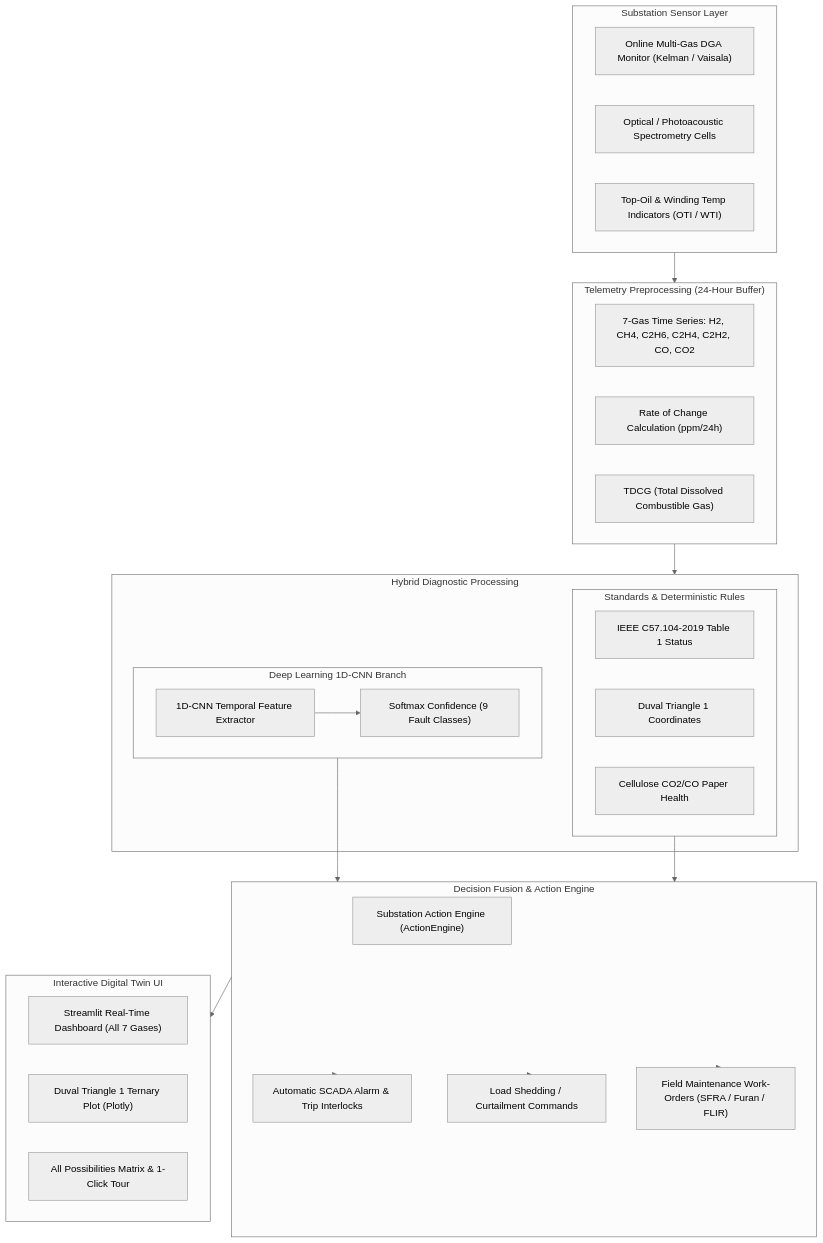
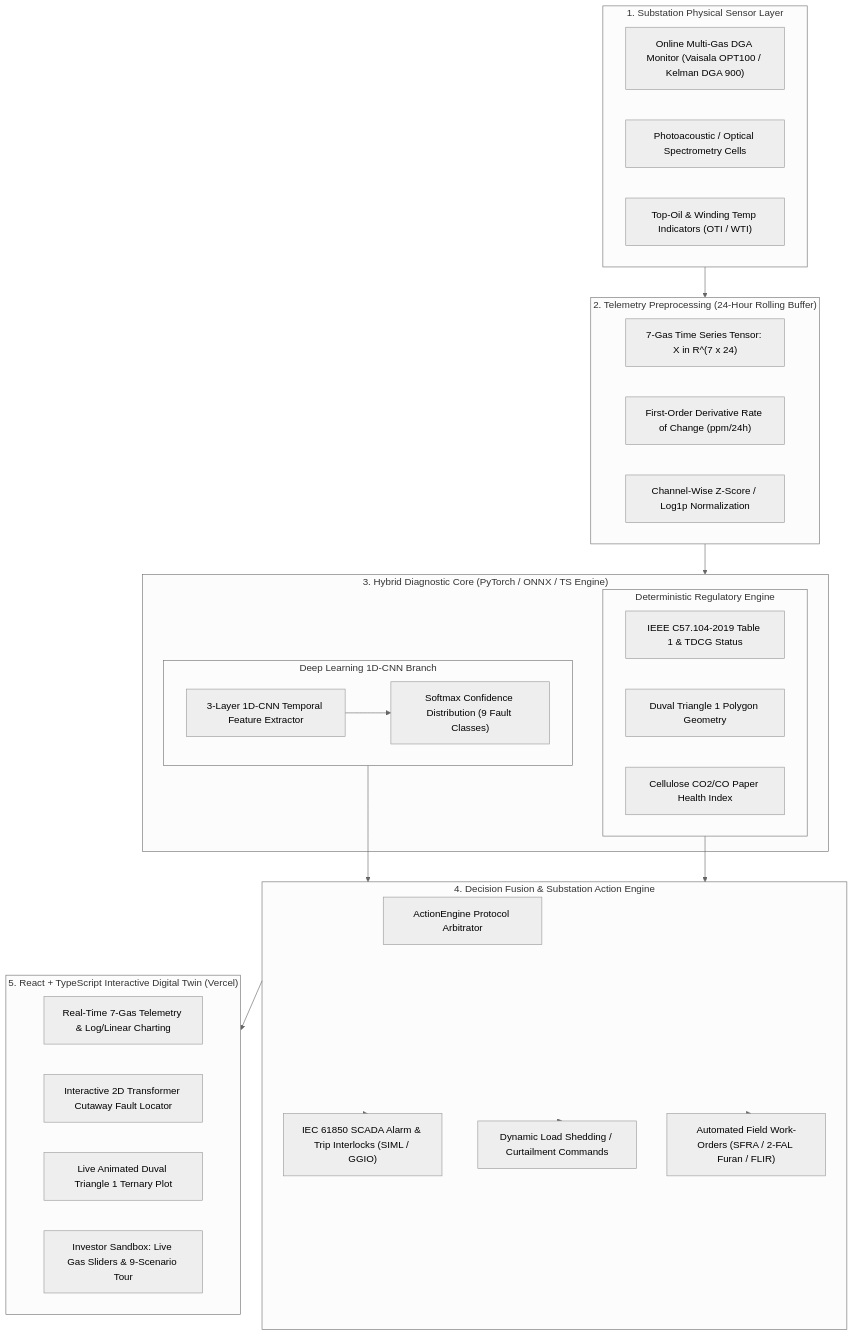
Before and after one commit to anish609609/transformer_health_using_gas_sensors: the diagram in README.md, drawn with Mermaid (neutral theme). The commit also changed other lines of this file and 31 other files, not shown here.

Commit message:
feat: upgrade to investor-ready React 18 + TypeScript Vercel application with 2D Transformer cutaway, interactive Duval triangle, and zero-latency client-side AI inference

````diff
--- a/README.md
+++ b/README.md
@@ -24,49 +29,50 @@
 ```mermaid
 flowchart TD
-    subgraph SS_Sensors["Substation Sensor Layer"]
-        S1["Online Multi-Gas DGA Monitor (Kelman / Vaisala)"]
-        S2["Optical / Photoacoustic Spectrometry Cells"]
+    subgraph SS_Sensors["1. Substation Physical Sensor Layer"]
+        S1["Online Multi-Gas DGA Monitor (Vaisala OPT100 / Kelman DGA 900)"]
+        S2["Photoacoustic / Optical Spectrometry Cells"]
         S3["Top-Oil & Winding Temp Indicators (OTI / WTI)"]
     end
 
-    subgraph Preproc["Telemetry Preprocessing (24-Hour Buffer)"]
-        P1["7-Gas Time Series: H2, CH4, C2H6, C2H4, C2H2, CO, CO2"]
-        P2["Rate of Change Calculation (ppm/24h)"]
-        P3["TDCG (Total Dissolved Combustible Gas)"]
+    subgraph Preproc["2. Telemetry Preprocessing (24-Hour Rolling Buffer)"]
+        P1["7-Gas Time Series Tensor: X in R^(7 x 24)"]
+        P2["First-Order Derivative Rate of Change (ppm/24h)"]
+        P3["Channel-Wise Z-Score / Log1p Normalization"]
     end
 
-    subgraph Hybrid_AI["Hybrid Diagnostic Processing"]
+    subgraph Hybrid_AI["3. Hybrid Diagnostic Core (PyTorch / ONNX / TS Engine)"]
         subgraph AI_Branch["Deep Learning 1D-CNN Branch"]
-            CNN["1D-CNN Temporal Feature Extractor"]
-            CNN_OUT["Softmax Confidence (9 Fault Classes)"]
+            CNN["3-Layer 1D-CNN Temporal Feature Extractor"]
+            CNN_OUT["Softmax Confidence Distribution (9 Fault Classes)"]
         end
-        subgraph Standards_Branch["Standards & Deterministic Rules"]
-            IEEE["IEEE C57.104-2019 Table 1 Status"]
-            DUVAL["Duval Triangle 1 Coordinates"]
-            CELL["Cellulose CO2/CO Paper Health"]
+        subgraph Standards_Branch["Deterministic Regulatory Engine"]
+            IEEE["IEEE C57.104-2019 Table 1 & TDCG Status"]
+            DUVAL["Duval Triangle 1 Polygon Geometry"]
+            CELL["Cellulose CO2/CO Paper Health Index"]
         end
     end
 
-    subgraph Fusion["Decision Fusion & Action Engine"]
-        ENG["Substation Action Engine (ActionEngine)"]
-        ACT1["Automatic SCADA Alarm & Trip Interlocks"]
-        ACT2["Load Shedding / Curtailment Commands"]
-        ACT3["Field Maintenance Work-Orders (SFRA / Furan / FLIR)"]
+    subgraph Fusion["4. Decision Fusion & Substation Action Engine"]
+        ENG["ActionEngine Protocol Arbitrator"]
+        ACT1["IEC 61850 SCADA Alarm & Trip Interlocks (SIML / GGIO)"]
+        ACT2["Dynamic Load Shedding / Curtailment Commands"]
+        ACT3["Automated Field Work-Orders (SFRA / 2-FAL Furan / FLIR)"]
     end
 
-    subgraph GUI["Interactive Digital Twin UI"]
-        DASH["Streamlit Real-Time Dashboard (All 7 Gases)"]
-        TERNARY["Duval Triangle 1 Ternary Plot (Plotly)"]
-        MATRIX["All Possibilities Matrix & 1-Click Tour"]
+    subgraph React_GUI["5. React + TypeScript Interactive Digital Twin (Vercel)"]
+        DASH["Real-Time 7-Gas Telemetry & Log/Linear Charting"]
+        TWIN["Interactive 2D Transformer Cutaway Fault Locator"]
+        TERNARY["Live Animated Duval Triangle 1 Ternary Plot"]
+        SIM["Investor Sandbox: Live Gas Sliders & 9-Scenario Tour"]
     end
 
     SS_Sensors --> Preproc
     Preproc --> Hybrid_AI
     CNN --> CNN_OUT
     AI_Branch --> Fusion
     Standards_Branch --> Fusion
-    Fusion --> GUI
+    Fusion --> React_GUI
     Fusion --> ACT1
     Fusion --> ACT2
     Fusion --> ACT3
 ```
````
